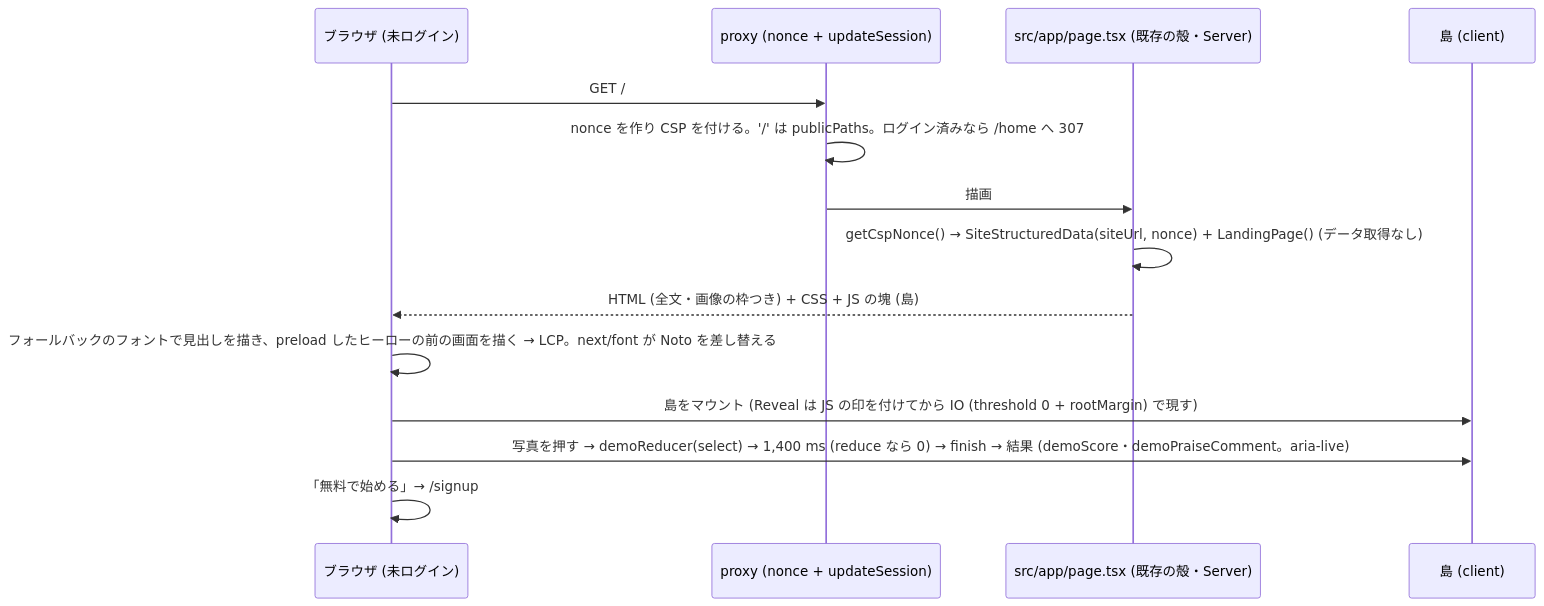
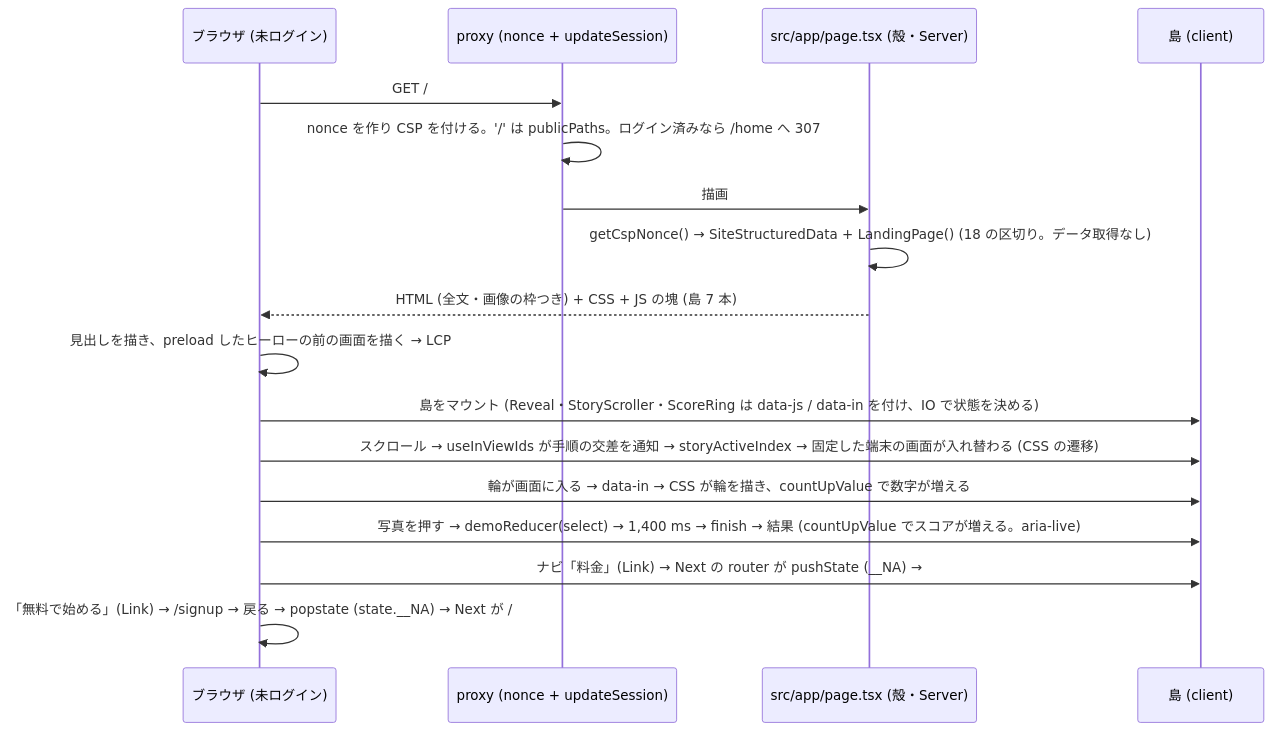
One commit to DaisukeHori/homegohan-app changed the diagram in docs/design/marketing/01-landing-site.md. Above: the diagram before and after it, drawn with Mermaid. The commit also changed other lines of this file and 1 other file, not shown here.

First line of the commit message:
docs(design): marketing/01 紹介ページの設計を v2.0 に改訂 — 18 の区切り・主張 46 件・動き 16・静的な試作 v2 (#1867)

````diff
--- a/docs/design/marketing/01-landing-site.md
+++ b/docs/design/marketing/01-landing-site.md
@@ -1775,17 +2504,20 @@
 ```mermaid
 sequenceDiagram
     participant B as ブラウザ (未ログイン)
     participant P as proxy (nonce + updateSession)
-    participant S as src/app/page.tsx (既存の殻・Server)
+    participant S as src/app/page.tsx (殻・Server)
     participant I as 島 (client)
 
     B->>P: GET /
     P->>P: nonce を作り CSP を付ける。'/' は publicPaths。ログイン済みなら /home へ 307
     P->>S: 描画
-    S->>S: getCspNonce() → SiteStructuredData(siteUrl, nonce) + LandingPage() (データ取得なし)
-    S-->>B: HTML (全文・画像の枠つき) + CSS + JS の塊 (島)
-    B->>B: フォールバックのフォントで見出しを描き、preload したヒーローの前の画面を描く → LCP。next/font が Noto を差し替える
-    B->>I: 島をマウント (Reveal は JS の印を付けてから IO (threshold 0 + rootMargin) で現す)
-    B->>I: 写真を押す → demoReducer(select) → 1,400 ms (reduce なら 0) → finish → 結果 (demoScore・demoPraiseComment。aria-live)
-    B->>B: 「無料で始める」→ /signup
+    S->>S: getCspNonce() → SiteStructuredData + LandingPage() (18 の区切り。データ取得なし)
+    S-->>B: HTML (全文・画像の枠つき) + CSS + JS の塊 (島 7 本)
+    B->>B: 見出しを描き、preload したヒーローの前の画面を描く → LCP
+    B->>I: 島をマウント (Reveal・StoryScroller・ScoreRing は data-js / data-in を付け、IO で状態を決める)
+    B->>I: スクロール → useInViewIds が手順の交差を通知 → storyActiveIndex → 固定した端末の画面が入れ替わる (CSS の遷移)
+    B->>I: 輪が画面に入る → data-in → CSS が輪を描き、countUpValue で数字が増える
+    B->>I: 写真を押す → demoReducer(select) → 1,400 ms → finish → 結果 (countUpValue でスコアが増える。aria-live)
+    B->>I: ナビ「料金」(Link) → Next の router が pushState (__NA) → #pricing へスクロール → aria-current
+    B->>B: 「無料で始める」(Link) → /signup → 戻る → popstate (state.__NA) → Next が /#… を描く
 ```
````
